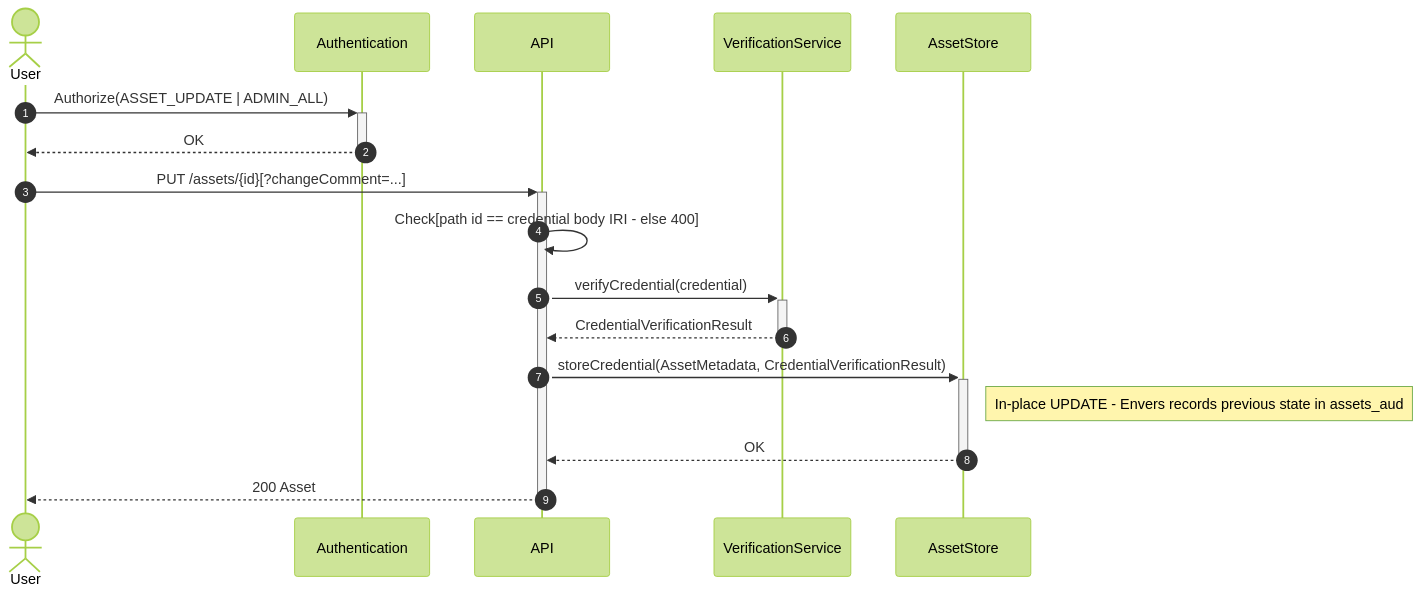
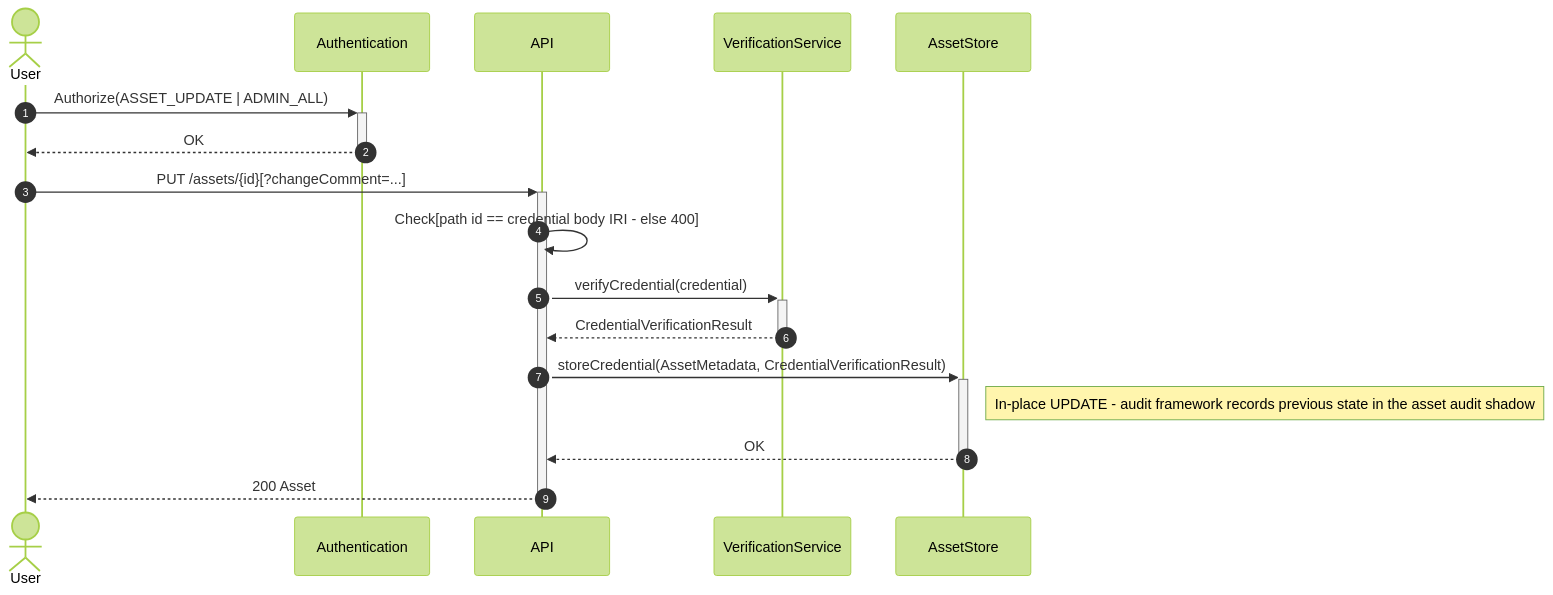
Diagram 19 of 44 in federated-catalogue/src/docs/architecture/chapters/06_runtime_view.adoc (federated-catalogue-enhancements-2026/docs), drawn with Mermaid (forest theme) before and after one commit. The commit also changed other lines of this file and 11 other files, not shown here.

First line of the commit message:
docs(arc42): decouple federated-catalogue architecture docs from implementation detail

```diff
--- a/federated-catalogue/src/docs/architecture/chapters/06_runtime_view.adoc
+++ b/federated-catalogue/src/docs/architecture/chapters/06_runtime_view.adoc
@@ -676,20 +682,20 @@
 [mermaid, width=2000]
 ....
 sequenceDiagram
     autonumber
     actor User
     participant Auth as Authentication
     participant API
     participant VerificationService
     participant AssetStore as AssetStore
     User ->> + Auth:Authorize(ASSET_UPDATE | ADMIN_ALL)
     Auth -->> - User:OK
     User ->> + API:PUT /assets/{id}[?changeComment=...]
     API ->> API:Check[path id == credential body IRI - else 400]
     API ->> + VerificationService:verifyCredential(credential)
     VerificationService -->> - API:CredentialVerificationResult
     API ->> + AssetStore:storeCredential(AssetMetadata, CredentialVerificationResult)
-    Note right of AssetStore: In-place UPDATE - Envers records previous state in assets_aud
+    Note right of AssetStore: In-place UPDATE - audit framework records previous state in the asset audit shadow
     AssetStore -->> - API:OK
     API -->> - User:200 Asset
 ....
```
